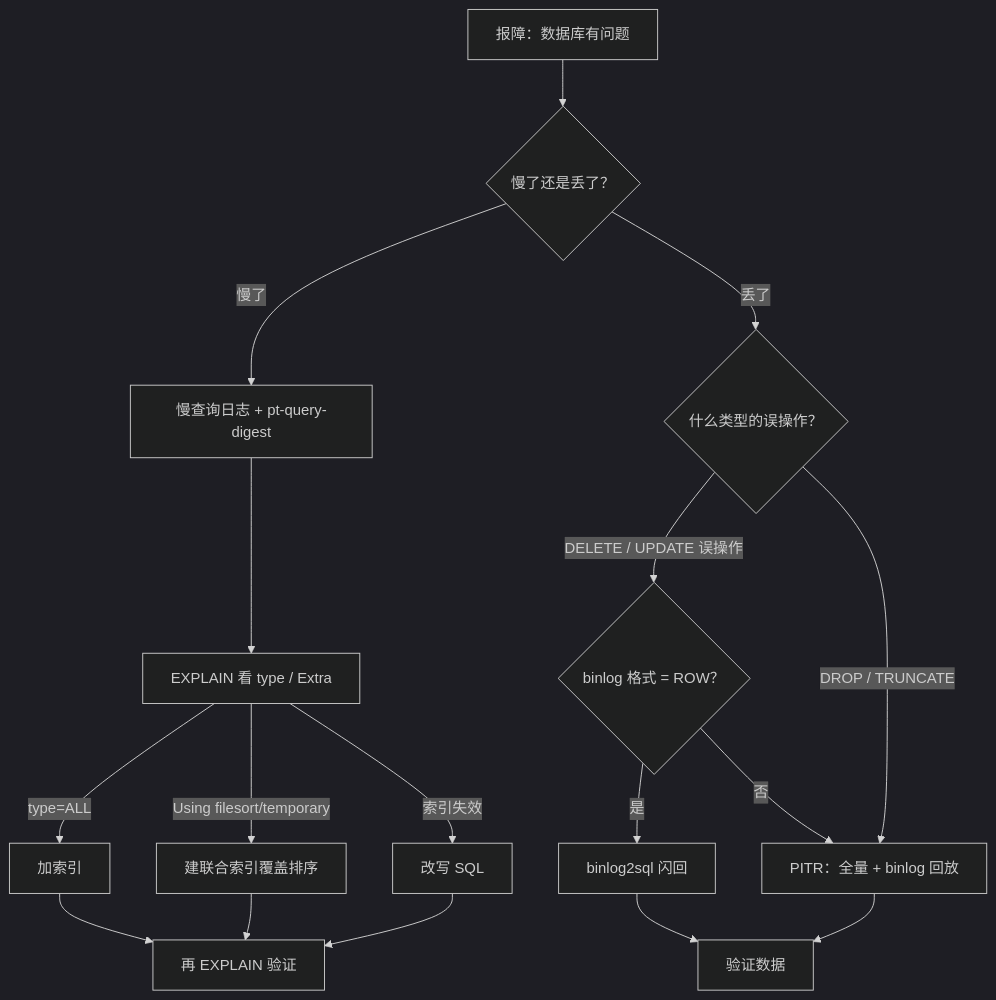
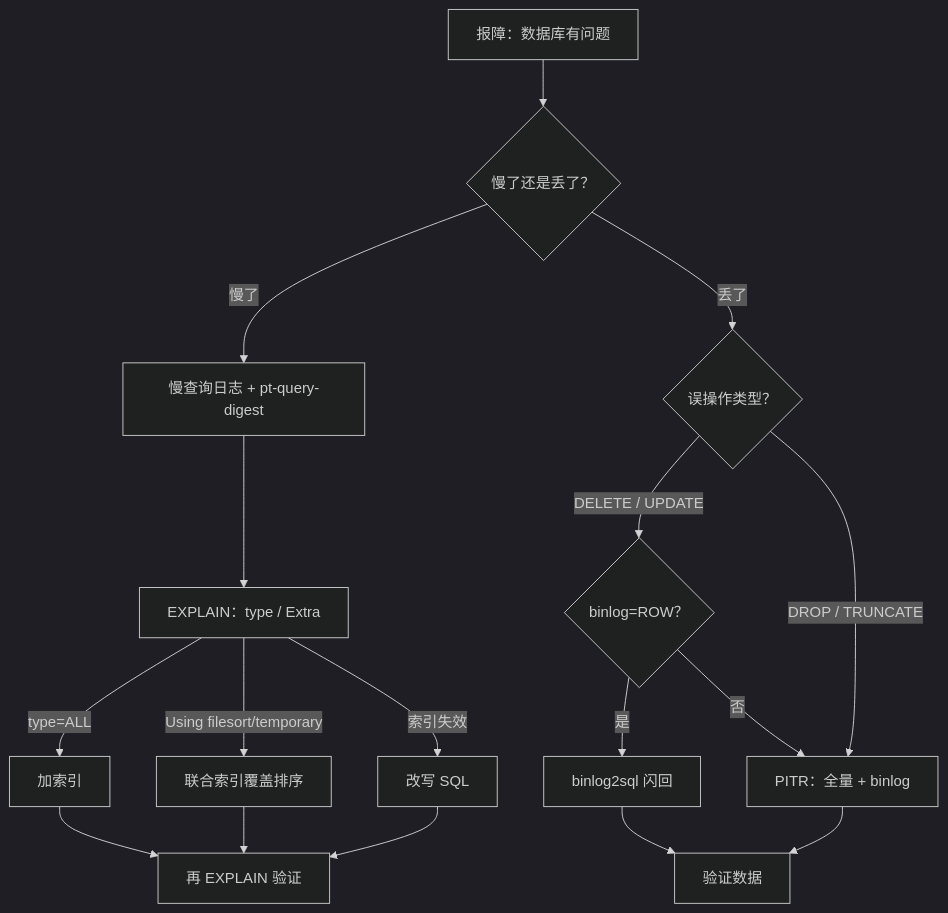
Before and after one commit to ml-cuizijun/LearnToLilith: the fourth of 4 diagrams in 02-中间件与数据库/01-MySQL/05-备份恢复与慢查询治理/知识点.md, drawn with Mermaid (dark theme). The commit also changed other lines of this file and 178 other files, not shown here.

````diff
--- a/02-中间件与数据库/01-MySQL/05-备份恢复与慢查询治理/知识点.md
+++ b/02-中间件与数据库/01-MySQL/05-备份恢复与慢查询治理/知识点.md
@@ -546,19 +431,19 @@
 ```mermaid
 flowchart TB
     A["报障：数据库有问题"] --> B{"慢了还是丢了？"}
     B -->|"慢了"| C["慢查询日志 + pt-query-digest"]
-    C --> D["EXPLAIN 看 type / Extra"]
+    C --> D["EXPLAIN：type / Extra"]
     D -->|type=ALL| E["加索引"]
-    D -->|Using filesort/temporary| F["建联合索引覆盖排序"]
+    D -->|Using filesort/temporary| F["联合索引覆盖排序"]
     D -->|索引失效| G["改写 SQL"]
     E --> H["再 EXPLAIN 验证"]
     F --> H
     G --> H
-    B -->|"丢了"| I{"什么类型的误操作？"}
-    I -->|DELETE / UPDATE 误操作| J{"binlog 格式 = ROW？"}
+    B -->|"丢了"| I{"误操作类型？"}
+    I -->|DELETE / UPDATE| J{"binlog=ROW？"}
     J -->|是| K["binlog2sql 闪回"]
-    J -->|否| L["PITR：全量 + binlog 回放"]
+    J -->|否| L["PITR：全量 + binlog"]
     I -->|DROP / TRUNCATE| L
     K --> M["验证数据"]
     L --> M
 ```
````
